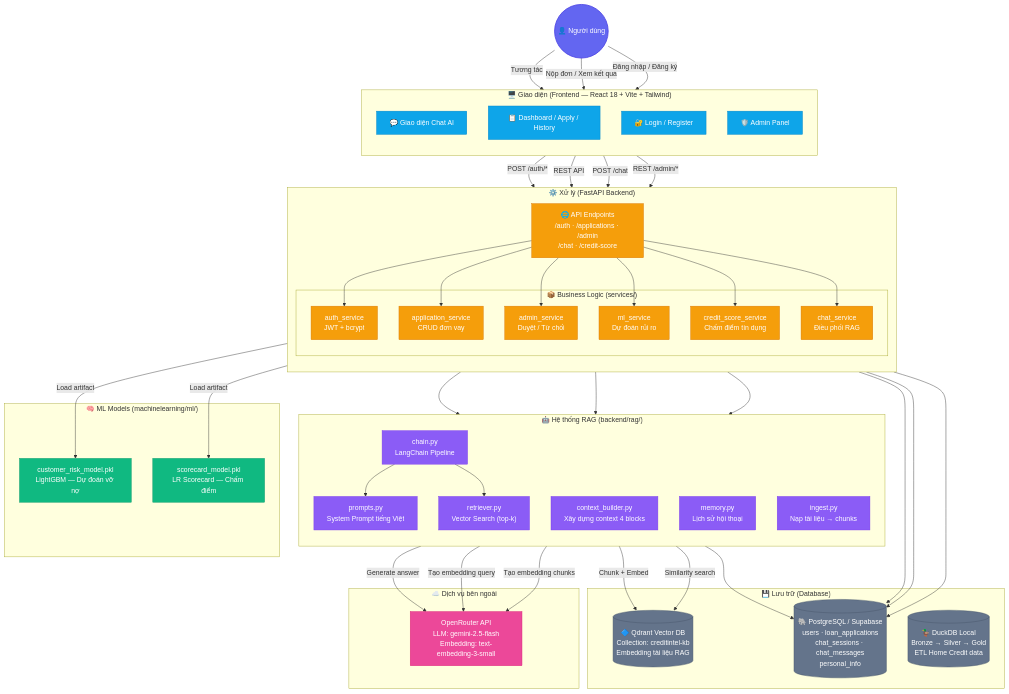
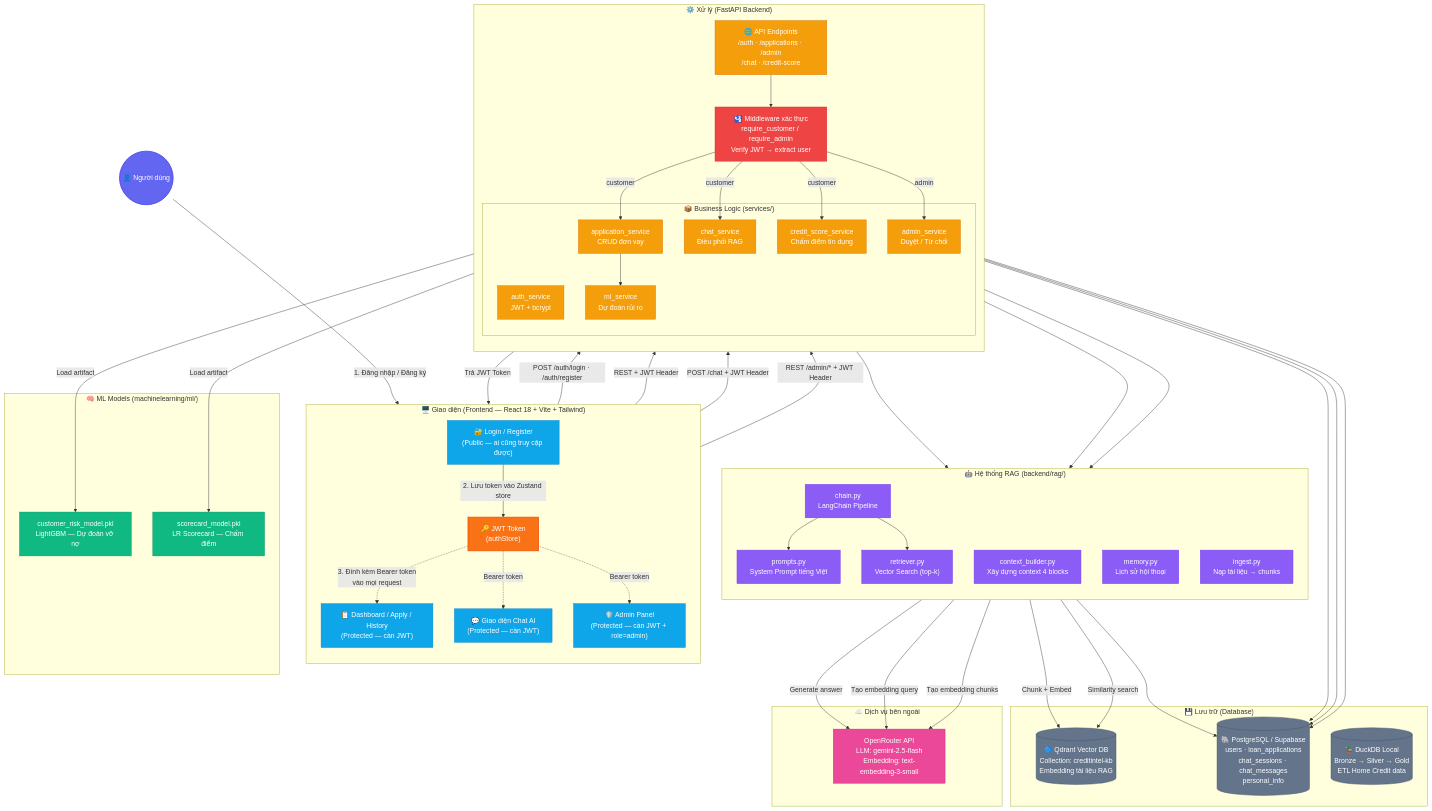
One commit to VTD0102/Loan_ETL changed the first of 3 diagrams in README.md. Above: the diagram before and after it, drawn with Mermaid. The commit also changed other lines of this file, not shown here.

```diff
--- a/README.md
+++ b/README.md
@@ -12,28 +12,36 @@
     %% ====== NGƯỜI DÙNG ======
     User(("👤 Người dùng"))
 
-    User -->|"Tương tác"| FE_CHAT
-    User -->|"Nộp đơn / Xem kết quả"| FE_APP
-    User -->|"Đăng nhập / Đăng ký"| FE_AUTH
+    User -->|"1. Đăng nhập / Đăng ký"| FE_AUTH
+    FE_AUTH -->|"POST /auth/login · /auth/register"| AUTH_SVC
+    AUTH_SVC -->|"Trả JWT Token"| FE_AUTH
+    FE_AUTH -->|"2. Lưu token vào Zustand store"| TOKEN["🔑 JWT Token<br/>(authStore)"]
 
     %% ====== GIAO DIỆN - FRONTEND ======
     subgraph FRONTEND["🖥️ Giao diện (Frontend — React 18 + Vite + Tailwind)"]
         direction TB
-        FE_AUTH["🔐 Login / Register"]
-        FE_APP["📋 Dashboard / Apply / History"]
-        FE_CHAT["💬 Giao diện Chat AI"]
-        FE_ADMIN["🛡️ Admin Panel"]
+        FE_AUTH["🔐 Login / Register<br/>(Public — ai cũng truy cập được)"]
+        TOKEN
+        FE_APP["📋 Dashboard / Apply / History<br/>(Protected — cần JWT)"]
+        FE_CHAT["💬 Giao diện Chat AI<br/>(Protected — cần JWT)"]
+        FE_ADMIN["🛡️ Admin Panel<br/>(Protected — cần JWT + role=admin)"]
     end
 
-    FE_AUTH  -->|"POST /auth/*"| API
-    FE_APP   -->|"REST API"| API
-    FE_CHAT  -->|"POST /chat"| API
-    FE_ADMIN -->|"REST /admin/*"| API
+    TOKEN -.->|"3. Đính kèm Bearer token<br/>vào mọi request"| FE_APP
+    TOKEN -.->|"Bearer token"| FE_CHAT
+    TOKEN -.->|"Bearer token"| FE_ADMIN
+
+    FE_APP   -->|"REST + JWT Header"| API
+    FE_CHAT  -->|"POST /chat + JWT Header"| API
+    FE_ADMIN -->|"REST /admin/* + JWT Header"| API
 
     %% ====== XỬ LÝ - BACKEND ======
     subgraph BACKEND["⚙️ Xử lý (FastAPI Backend)"]
         direction TB
         API["🌐 API Endpoints<br/>/auth · /applications · /admin<br/>/chat · /credit-score"]
+        GUARD["🛂 Middleware xác thực<br/>require_customer / require_admin<br/>Verify JWT → extract user"]
+
+        API --> GUARD
 
         subgraph SERVICES["📦 Business Logic (services/)"]
             AUTH_SVC["auth_service<br/>JWT + bcrypt"]
@@ -44,12 +52,11 @@
             CHAT_SVC["chat_service<br/>Điều phối RAG"]
         end
 
-        API --> AUTH_SVC
-        API --> APP_SVC
-        API --> ADMIN_SVC
-        API --> ML_SVC
-        API --> CREDIT_SVC
-        API --> CHAT_SVC
+        GUARD -->|"customer"| APP_SVC
+        GUARD -->|"customer"| CHAT_SVC
+        GUARD -->|"customer"| CREDIT_SVC
+        GUARD -->|"admin"| ADMIN_SVC
+        APP_SVC --> ML_SVC
     end
 
     %% ====== HỆ THỐNG RAG ======
@@ -109,10 +116,14 @@
     classDef ml fill:#10b981,stroke:#059669,color:#fff
     classDef storage fill:#64748b,stroke:#475569,color:#fff
     classDef external fill:#ec4899,stroke:#db2777,color:#fff
+    classDef token fill:#f97316,stroke:#ea580c,color:#fff,stroke-width:2px
+    classDef guard fill:#ef4444,stroke:#dc2626,color:#fff
 
     class User user
     class FE_AUTH,FE_APP,FE_CHAT,FE_ADMIN frontend
+    class TOKEN token
     class API,AUTH_SVC,APP_SVC,ADMIN_SVC,ML_SVC,CREDIT_SVC,CHAT_SVC backend
+    class GUARD guard
     class CHAIN,CTX,RETRIEVER,MEMORY,PROMPTS,INGEST rag
     class RISK_MODEL,SCORECARD ml
     class POSTGRES,QDRANT,DUCKDB storage
```
